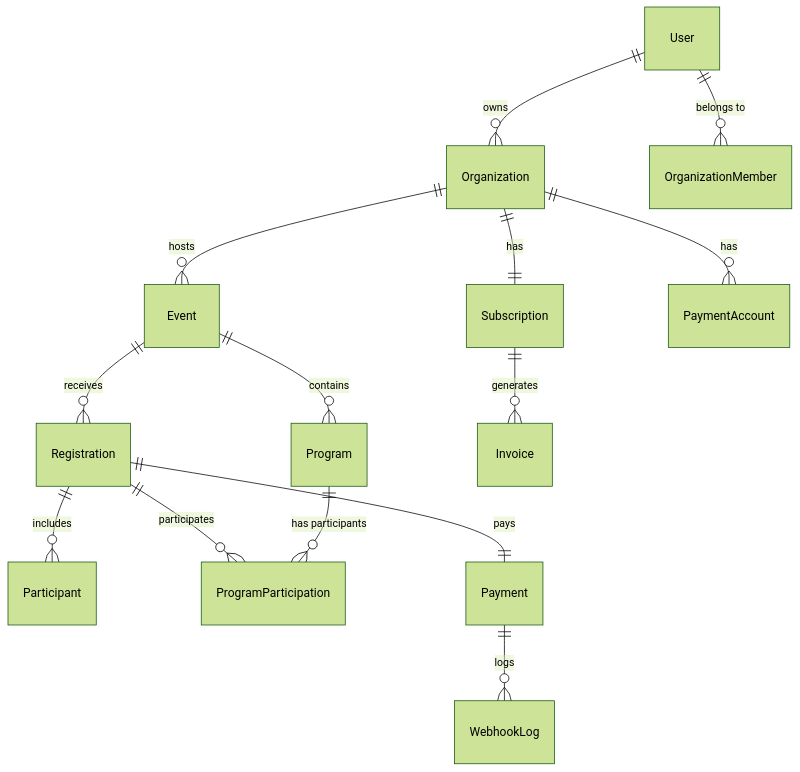
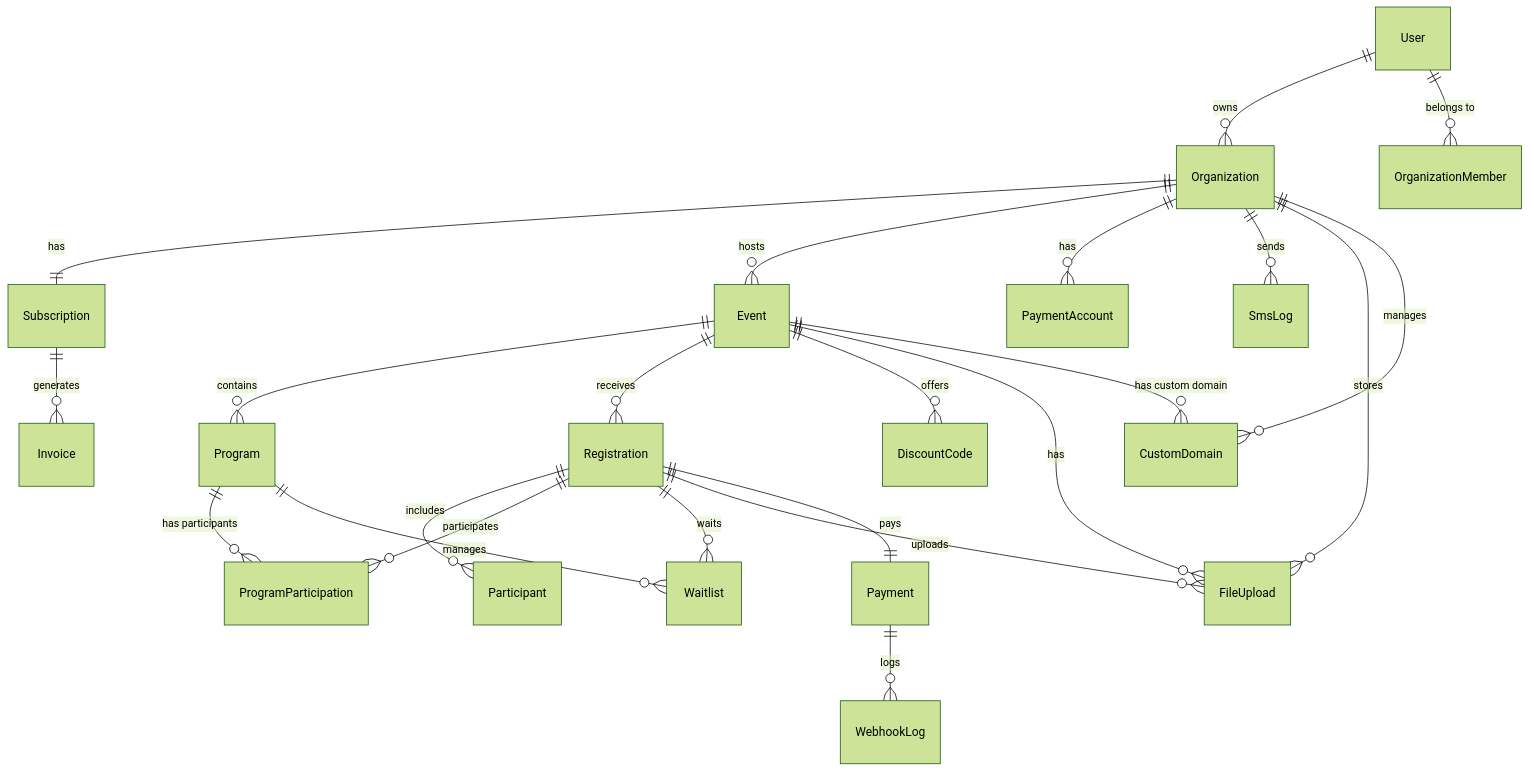
Before and after one commit to lclabinfo/event_cms: the diagram in plan/01-database-schema.md, drawn with Mermaid (forest theme). The commit also changed other lines of this file and 6 other files, not shown here.

````diff
--- a/plan/01-database-schema.md
+++ b/plan/01-database-schema.md
@@ -844,16 +1132,25 @@
 ```mermaid
 erDiagram
     User ||--o{ Organization : "owns"
     User ||--o{ OrganizationMember : "belongs to"
     Organization ||--|| Subscription : "has"
     Organization ||--o{ Event : "hosts"
     Organization ||--o{ PaymentAccount : "has"
+    Organization ||--o{ SmsLog : "sends"
+    Organization ||--o{ FileUpload : "stores"
+    Organization ||--o{ CustomDomain : "manages"
     Event ||--o{ Program : "contains"
     Event ||--o{ Registration : "receives"
+    Event ||--o{ DiscountCode : "offers"
+    Event ||--o{ FileUpload : "has"
+    Event ||--o{ CustomDomain : "has custom domain"
     Registration ||--o{ Participant : "includes"
     Registration ||--o{ ProgramParticipation : "participates"
+    Registration ||--o{ Waitlist : "waits"
+    Registration ||--o{ FileUpload : "uploads"
     Registration ||--|| Payment : "pays"
     Program ||--o{ ProgramParticipation : "has participants"
+    Program ||--o{ Waitlist : "manages"
     Subscription ||--o{ Invoice : "generates"
     Payment ||--o{ WebhookLog : "logs"
 ```
````
